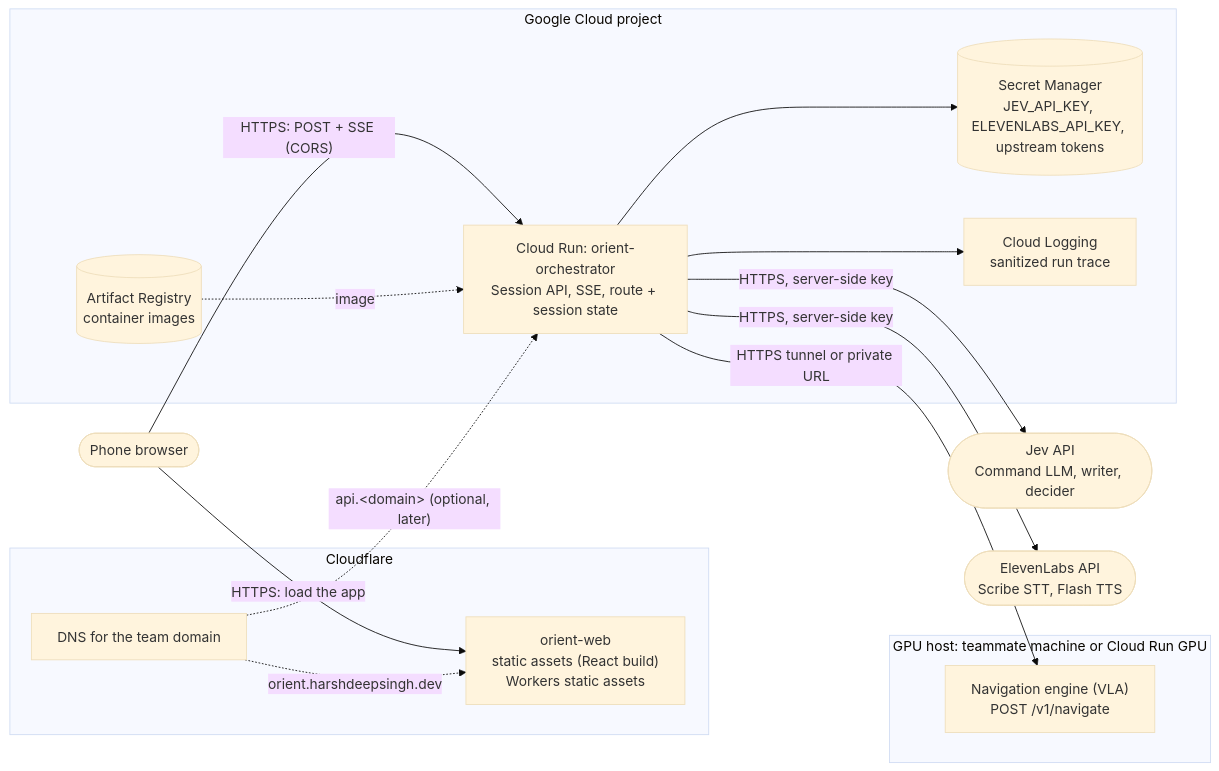
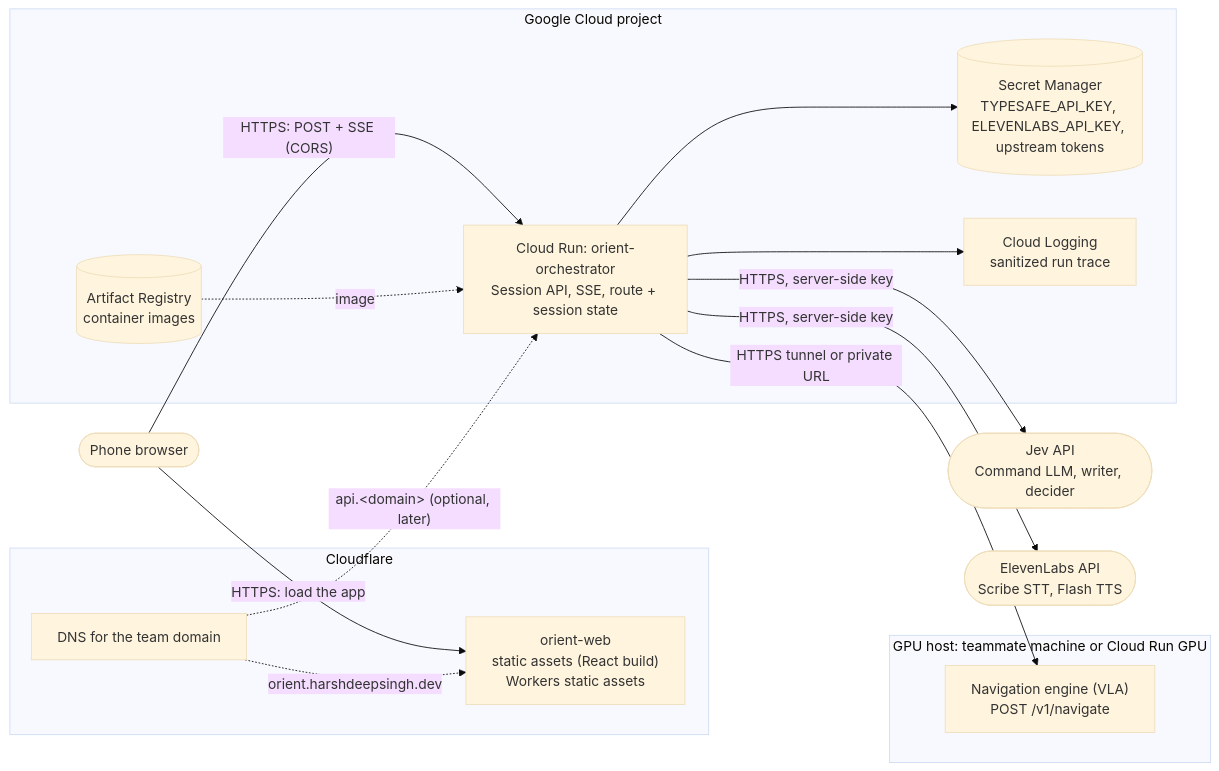
Before and after one commit to tungsten-united/project-description: the first of 2 diagrams in docs/deployment.md, drawn with Mermaid (base theme). The commit also changed other lines of this file and 12 other files, not shown here.

````diff
--- a/docs/deployment.md
+++ b/docs/deployment.md
@@ -7,34 +7,34 @@
 ```mermaid
 flowchart LR
   user(["Phone browser"])
 
   subgraph cf["Cloudflare"]
     assets["orient-web<br/>static assets (React build)<br/>Workers static assets"]
     dns["DNS for the team domain"]
   end
 
   subgraph gcp["Google Cloud project"]
     run["Cloud Run: orient-orchestrator<br/>Session API, SSE, route + session state"]
-    sm[("Secret Manager<br/>JEV_API_KEY, ELEVENLABS_API_KEY, upstream tokens")]
+    sm[("Secret Manager<br/>TYPESAFE_API_KEY, ELEVENLABS_API_KEY, upstream tokens")]
     ar[("Artifact Registry<br/>container images")]
     log["Cloud Logging<br/>sanitized run trace"]
   end
 
   subgraph venue["GPU host: teammate machine or Cloud Run GPU"]
     vla["Navigation engine (VLA)<br/>POST /v1/navigate"]
   end
 
   jev(["Jev API<br/>Command LLM, writer, decider"])
   el(["ElevenLabs API<br/>Scribe STT, Flash TTS"])
 
   user -->|"HTTPS: load the app"| assets
   user -->|"HTTPS: POST + SSE (CORS)"| run
   dns -.->|"orient.harshdeepsingh.dev"| assets
   dns -.->|"api.&lt;domain&gt; (optional, later)"| run
   run --> sm
   run --> log
   ar -.->|"image"| run
   run -->|"HTTPS tunnel or private URL"| vla
   run -->|"HTTPS, server-side key"| jev
   run -->|"HTTPS, server-side key"| el
 ```
````
